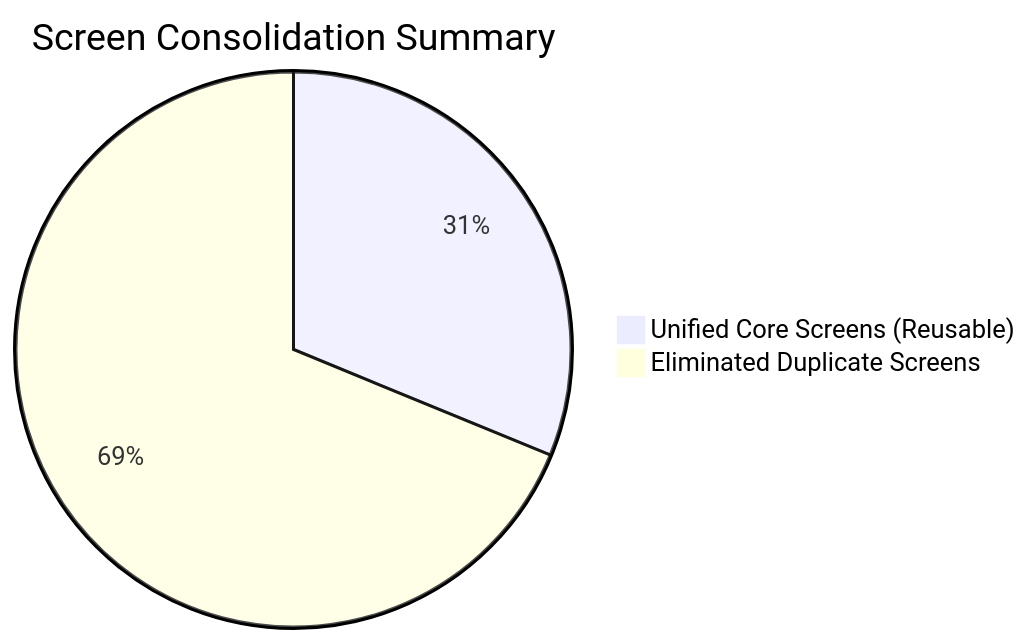
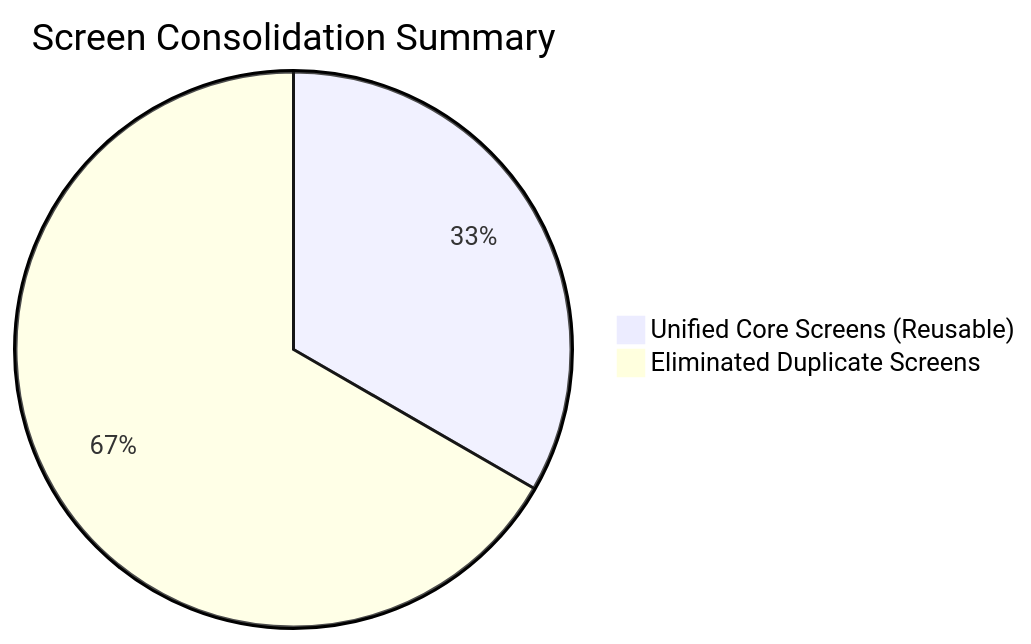
One commit to shabibmr/luxeknox changed the diagram in docs/screens/consolidated-screens.md. Above: the diagram before and after it, drawn with Mermaid. The commit also changed other lines of this file and 2 other files, not shown here.

First line of the commit message:
docs(screens): add PT progress review screen to the consolidated matrix (PTF-21)

````diff
--- a/docs/screens/consolidated-screens.md
+++ b/docs/screens/consolidated-screens.md
@@ -9,5 +9,5 @@
 ```mermaid
 pie title Screen Consolidation Summary
-    "Unified Core Screens (Reusable)" : 44
-    "Eliminated Duplicate Screens" : 97
+    "Unified Core Screens (Reusable)" : 47
+    "Eliminated Duplicate Screens" : 94
 ```
````
